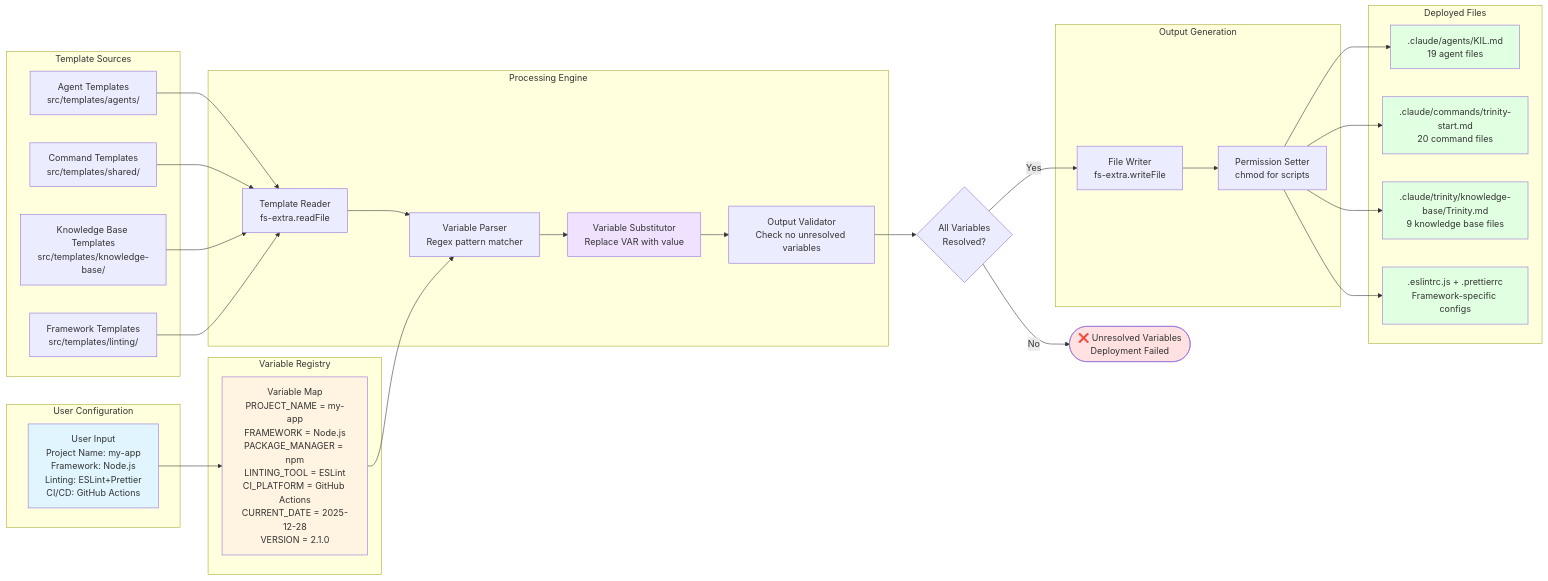
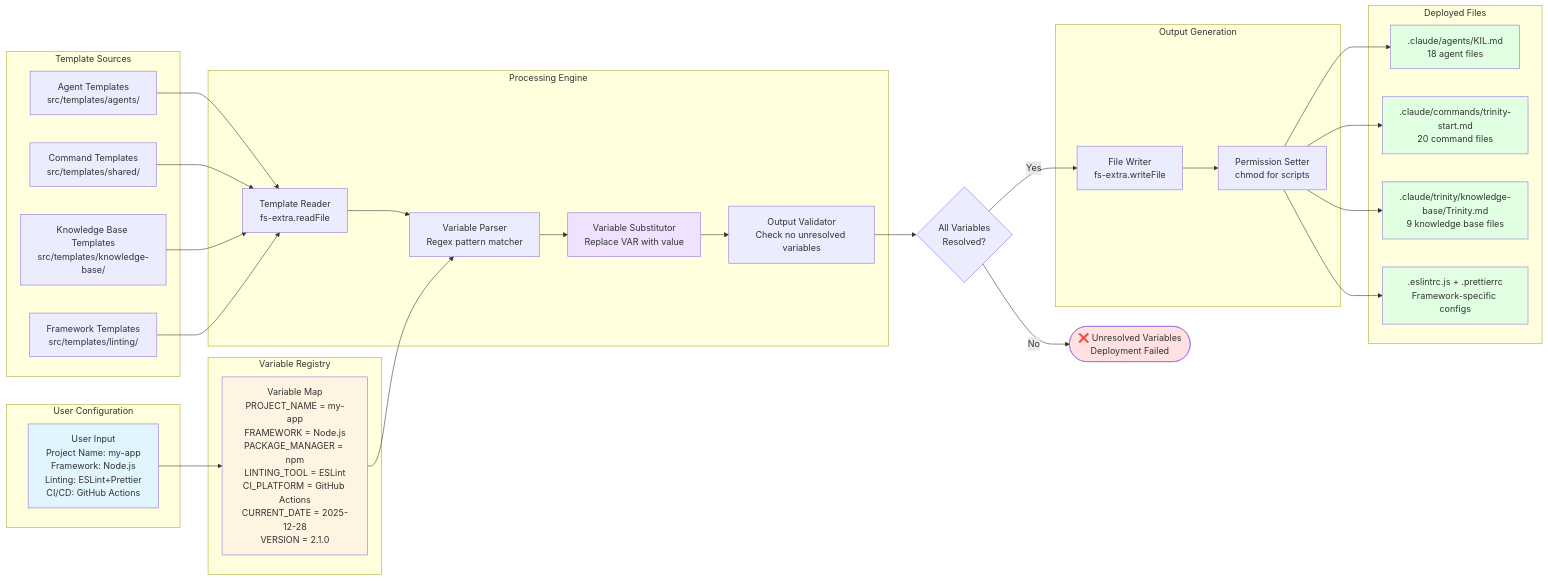
One commit to lukadfagundes/trinity-method-sdk changed the diagram in docs/images/template-processing-pipeline.md. Above: the diagram before and after it, drawn with Mermaid. The commit also changed other lines of this file and 114 other files, not shown here.

````diff
--- a/docs/images/template-processing-pipeline.md
+++ b/docs/images/template-processing-pipeline.md
@@ -3,66 +3,66 @@
 ```mermaid
 flowchart LR
     subgraph "Template Sources"
         T1[Agent Templates<br/>src/templates/agents/]
         T2[Command Templates<br/>src/templates/shared/]
         T3[Knowledge Base Templates<br/>src/templates/knowledge-base/]
         T4[Framework Templates<br/>src/templates/linting/]
     end
 
     subgraph "User Configuration"
         CONFIG[User Input<br/>Project Name: my-app<br/>Framework: Node.js<br/>Linting: ESLint+Prettier<br/>CI/CD: GitHub Actions]
     end
 
     subgraph "Variable Registry"
         VARS["Variable Map<br/>PROJECT_NAME = my-app<br/>FRAMEWORK = Node.js<br/>PACKAGE_MANAGER = npm<br/>LINTING_TOOL = ESLint<br/>CI_PLATFORM = GitHub Actions<br/>CURRENT_DATE = 2025-12-28<br/>VERSION = 2.1.0"]
     end
 
     subgraph "Processing Engine"
         READER[Template Reader<br/>fs-extra.readFile]
         PARSER["Variable Parser<br/>Regex pattern matcher"]
         SUBSTITUTOR["Variable Substitutor<br/>Replace VAR with value"]
         VALIDATOR["Output Validator<br/>Check no unresolved variables"]
     end
 
     subgraph "Output Generation"
         WRITER[File Writer<br/>fs-extra.writeFile]
         PERMS[Permission Setter<br/>chmod for scripts]
     end
 
     subgraph "Deployed Files"
-        OUT1[.claude/agents/KIL.md<br/>19 agent files]
+        OUT1[.claude/agents/KIL.md<br/>18 agent files]
         OUT2[.claude/commands/trinity-start.md<br/>20 command files]
         OUT3[.claude/trinity/knowledge-base/Trinity.md<br/>9 knowledge base files]
         OUT4[.eslintrc.js + .prettierrc<br/>Framework-specific configs]
     end
 
     CONFIG --> VARS
     T1 --> READER
     T2 --> READER
     T3 --> READER
     T4 --> READER
 
     READER --> PARSER
     VARS --> PARSER
     PARSER --> SUBSTITUTOR
     SUBSTITUTOR --> VALIDATOR
 
     VALIDATOR --> DECISION{All Variables<br/>Resolved?}
     DECISION -->|No| ERROR([❌ Unresolved Variables<br/>Deployment Failed])
     DECISION -->|Yes| WRITER
 
     WRITER --> PERMS
     PERMS --> OUT1
     PERMS --> OUT2
     PERMS --> OUT3
     PERMS --> OUT4
 
     style CONFIG fill:#e1f5ff
     style VARS fill:#fff4e1
     style SUBSTITUTOR fill:#f0e1ff
     style OUT1 fill:#e1ffe1
     style OUT2 fill:#e1ffe1
     style OUT3 fill:#e1ffe1
     style OUT4 fill:#e1ffe1
     style ERROR fill:#ffe1e1
 ```
````
